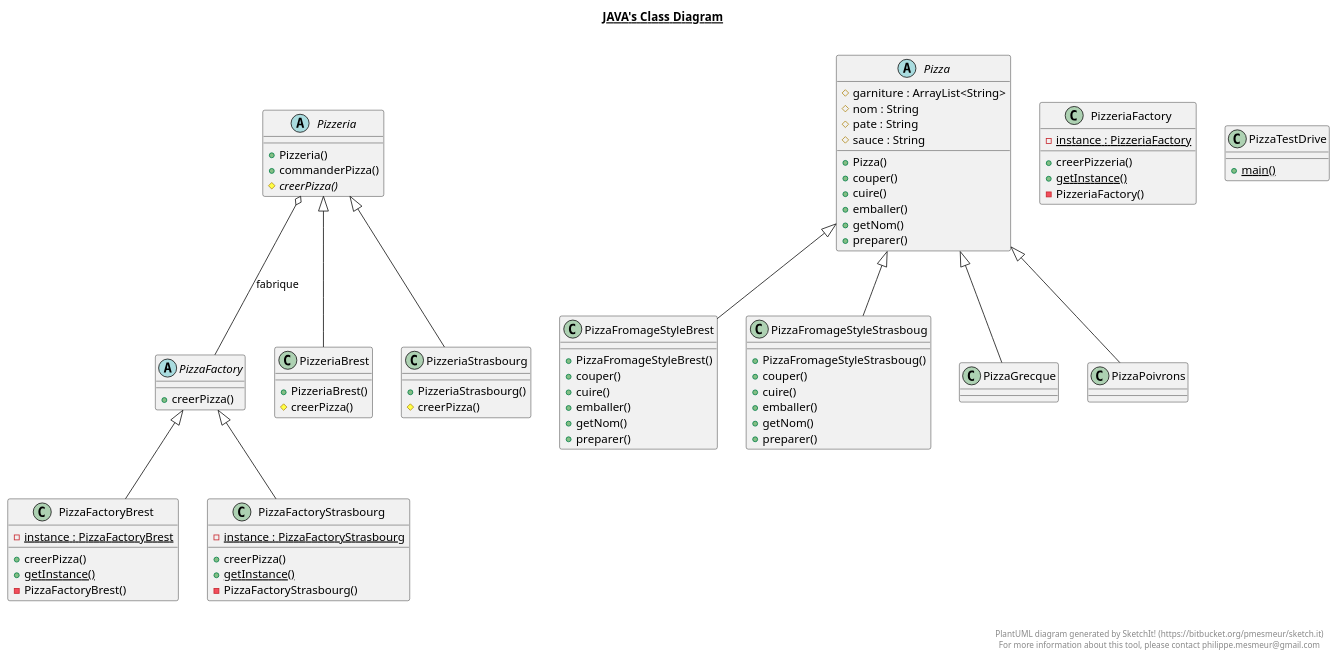
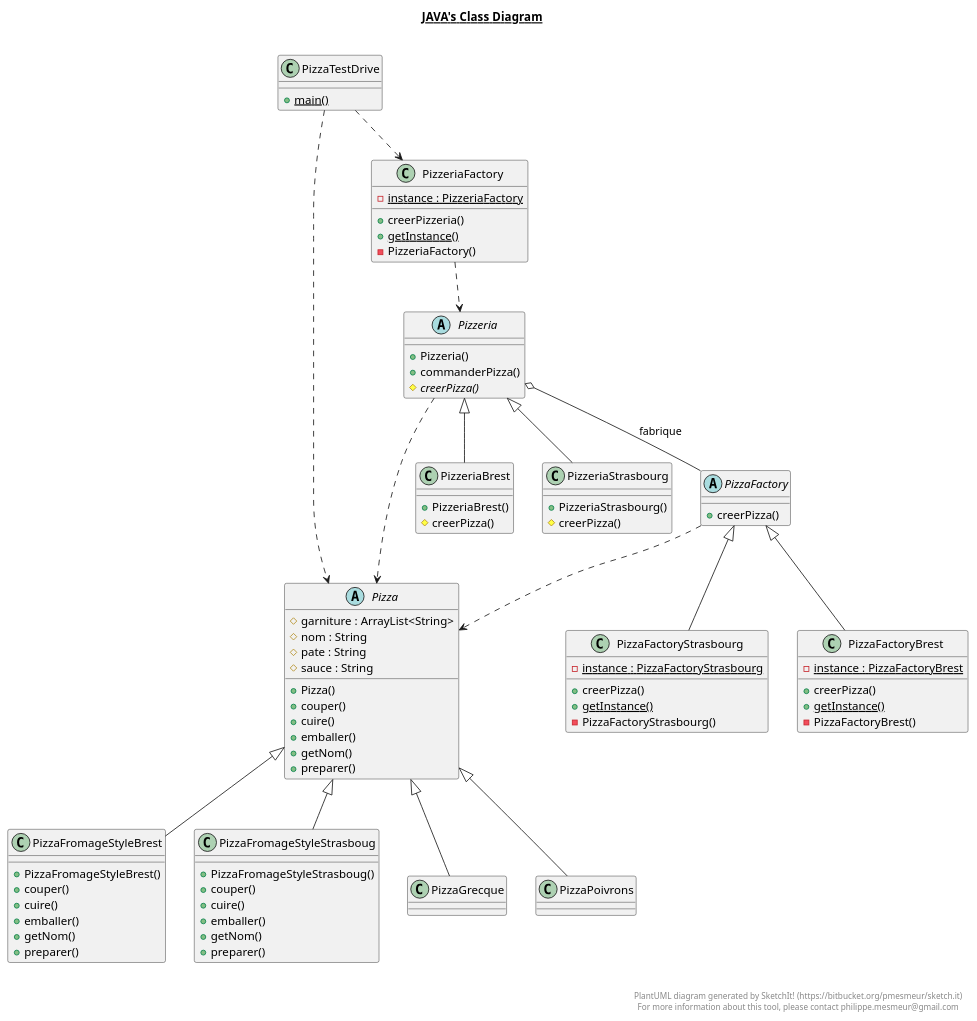
One commit to IUT-Blagnac/cpoa-tp3-Martin-Billard changed the diagram in docs/TP3.plantuml. Above: the diagram before and after it, drawn with PlantUML.

Commit message:
correction uml

```diff
--- a/docs/TP3.plantuml
+++ b/docs/TP3.plantuml
@@ -1,140 +1,144 @@
 @startuml
 
 title __JAVA's Class Diagram__\n
 
     class PizzeriaFactory {
         {static} - instance : PizzeriaFactory
         + creerPizzeria()
         {static} + getInstance()
         - PizzeriaFactory()
     }
   
 
 
     abstract class Pizza {
         # garniture : ArrayList<String>
         # nom : String
         # pate : String
         # sauce : String
         + Pizza()
         + couper()
         + cuire()
         + emballer()
         + getNom()
         + preparer()
     }
 
   
 
 
     class PizzaFromageStyleBrest {
         + PizzaFromageStyleBrest()
         + couper()
         + cuire()
         + emballer()
         + getNom()
         + preparer()
     }
 
   
 
 
     class PizzaFromageStyleStrasboug {
         + PizzaFromageStyleStrasboug()
         + couper()
         + cuire()
         + emballer()
         + getNom()
         + preparer()
     }
 
   
 
     class PizzaGrecque {
     }
 
   
 
 
     class PizzaPoivrons {
     }
 
   
 
 
     class PizzaTestDrive {
         {static} + main()
     }
 
   
 
 
     abstract class Pizzeria {
         + Pizzeria()
         + commanderPizza()
         {abstract} # creerPizza()
     }
 
   
 
 
     class PizzeriaBrest {
         + PizzeriaBrest()
         # creerPizza()
     }
 
 
 
     class PizzeriaStrasbourg {
         + PizzeriaStrasbourg()
         # creerPizza()
     }
 
   
 
 
     abstract class PizzaFactory {
         + creerPizza()
     }
 
   
 
 
     class PizzaFactoryBrest {
         {static} - instance : PizzaFactoryBrest
         + creerPizza()
         {static} + getInstance()
         - PizzaFactoryBrest()
     }
 
   
 
 
     class PizzaFactoryStrasbourg {
         {static} - instance : PizzaFactoryStrasbourg
         + creerPizza()
         {static} + getInstance()
         - PizzaFactoryStrasbourg()
     }
 
   
 
   PizzaFromageStyleBrest -up-|> Pizza
   PizzaFromageStyleStrasboug -up-|> Pizza
   PizzaGrecque -up-|> Pizza
   PizzaPoivrons -up-|> Pizza
   Pizzeria o-- PizzaFactory : fabrique
   PizzeriaBrest -up-|> Pizzeria
   PizzeriaStrasbourg -up-|> Pizzeria
   PizzaFactoryBrest -up-|> PizzaFactory
   PizzaFactoryStrasbourg -up-|> PizzaFactory
-
+  PizzeriaFactory ..> Pizzeria
+  PizzaTestDrive ..> PizzeriaFactory
+  PizzaTestDrive ..> Pizza
+  PizzaFactory ..> Pizza
+  Pizzeria ..> Pizza
 
 right footer
 
 
 PlantUML diagram generated by SketchIt! (https://bitbucket.org/pmesmeur/sketch.it)
 For more information about this tool, please contact philippe.mesmeur@gmail.com
 endfooter
 
 @enduml
```
